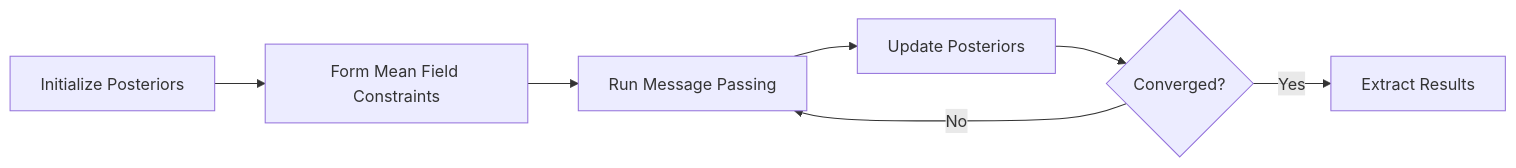
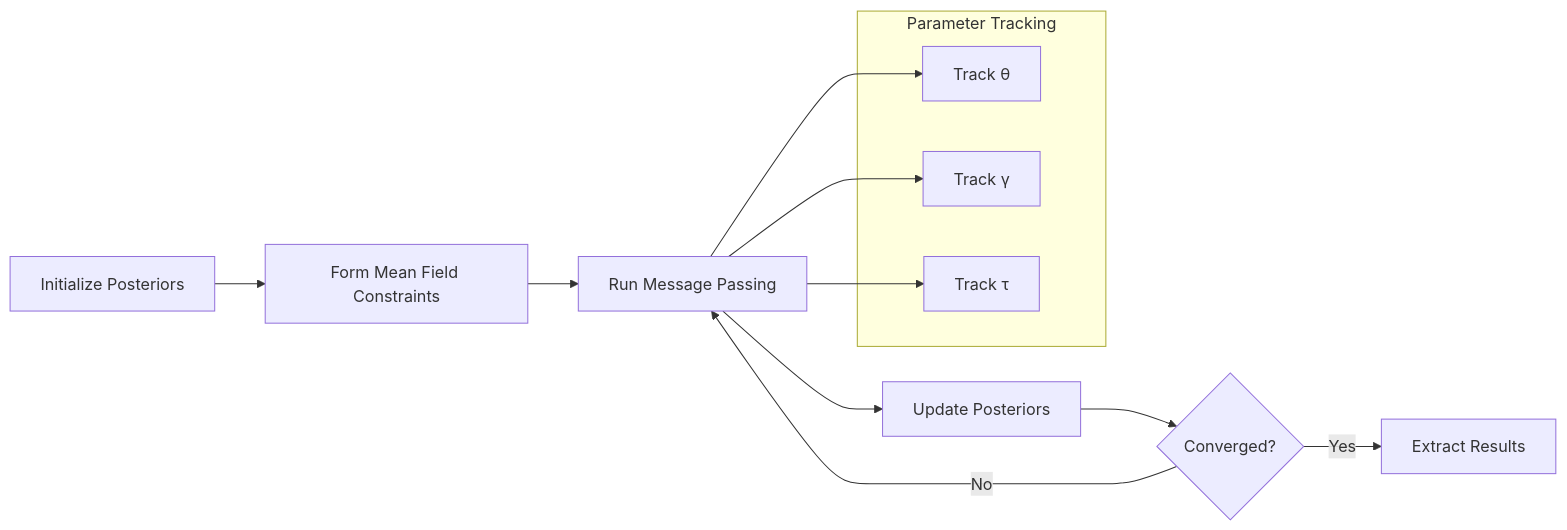
One commit to ReactiveBayes/RxInferExamples.jl changed the fifth of 10 diagrams in scripts/Experimental Examples/Latent Vector Autoregressive Model/README.md. Above: the diagram before and after it, drawn with Mermaid. The commit also changed other lines of this file and 13 other files, not shown here.

````diff
--- a/scripts/Experimental Examples/Latent Vector Autoregressive Model/README.md
+++ b/scripts/Experimental Examples/Latent Vector Autoregressive Model/README.md
@@ -157,9 +159,19 @@
 ```mermaid
 flowchart LR
     A[Initialize Posteriors] --> B[Form Mean Field Constraints]
     B --> C[Run Message Passing]
     C --> D[Update Posteriors]
     D --> E{Converged?}
     E -->|No| C
     E -->|Yes| F[Extract Results]
+    
+    subgraph "Parameter Tracking"
+    P1[Track θ]
+    P2[Track γ]
+    P3[Track τ]
+    end
+    
+    C --> P1
+    C --> P2
+    C --> P3
 ```
````
